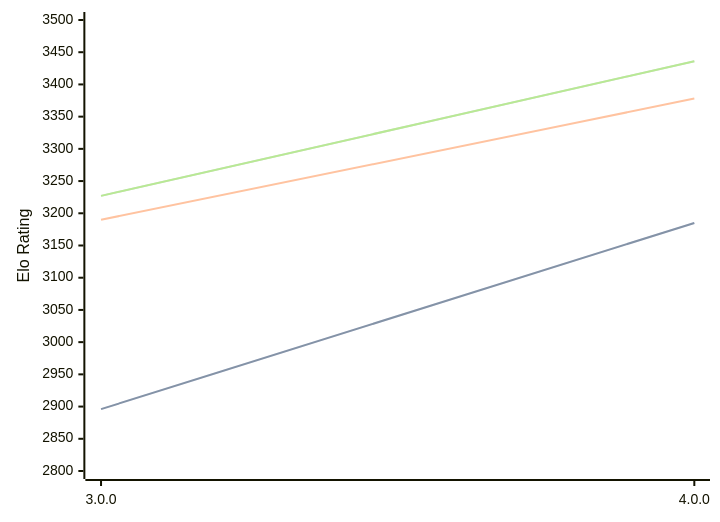
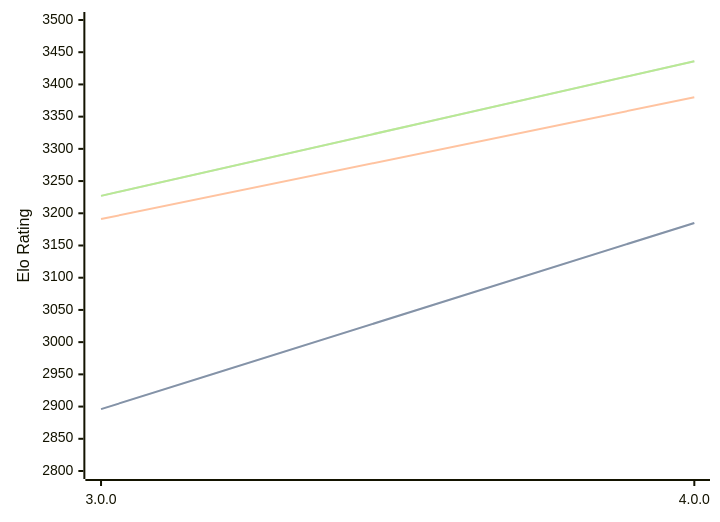
The diagram in engines/Avalanche.md (computer-chess-index/cci), drawn with Mermaid before and after one commit. The commit also changed other lines of this file, not shown here.

````diff
--- a/engines/Avalanche.md
+++ b/engines/Avalanche.md
@@ -32,11 +32,11 @@
 ```mermaid
 %%{init: {"theme":"base","themeVariables":{"seriesColors:['#a3a3a3','#222221','#faa371']}}}%%
 xychart-beta
   x-axis ["3.0.0", "4.0.0"]
   y-axis "Elo Rating" 2800 --> 3500
   line "" [2896, 3185]
   line "STC (8.0+0.08s)" [2896, 3185]
-  line "LTC (60.0+0.60s)" [3190, 3378]
+  line "LTC (60.0+0.60s)" [3191, 3380]
   line "" [3227, 3436]
   line "VLTC (2m24s+1.12s)" [3227, 3436]
 ```
````
